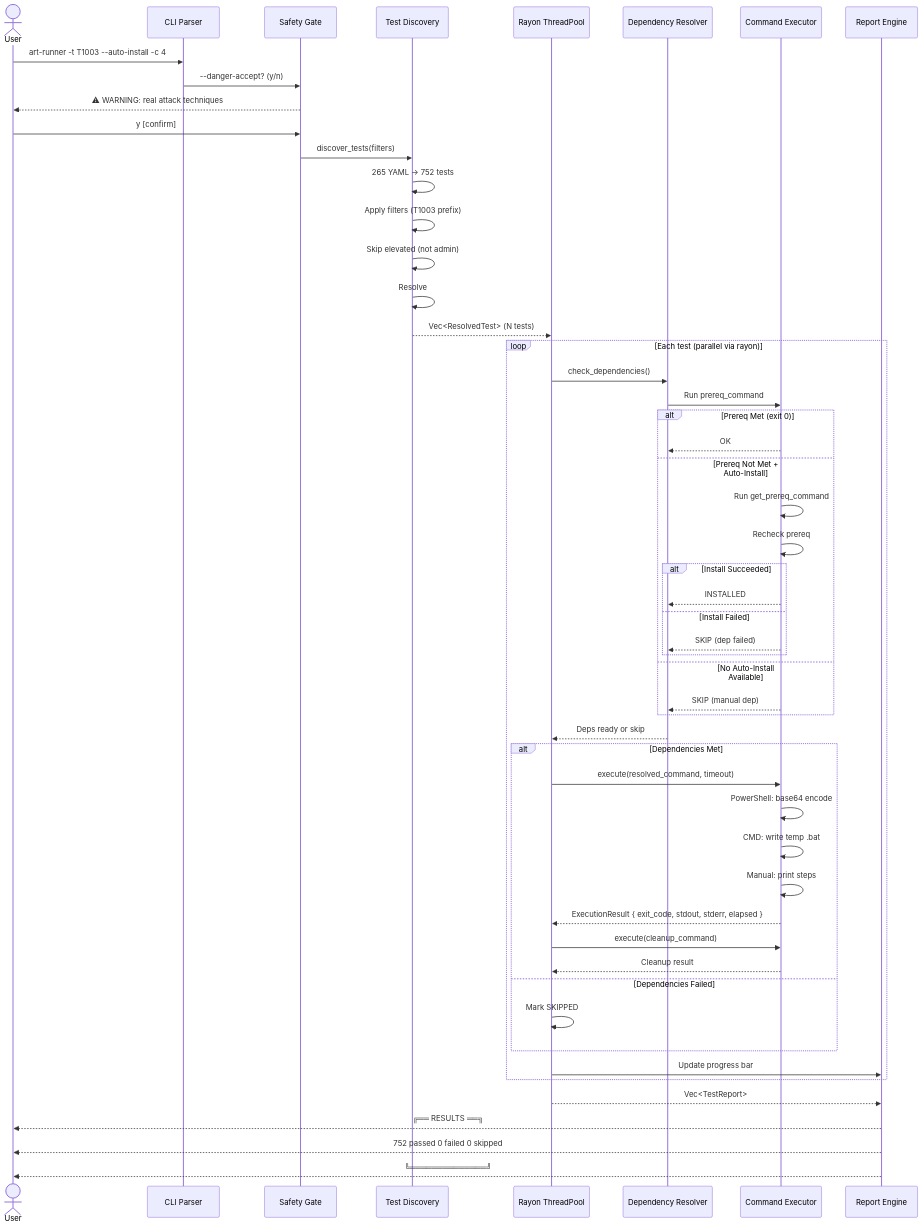
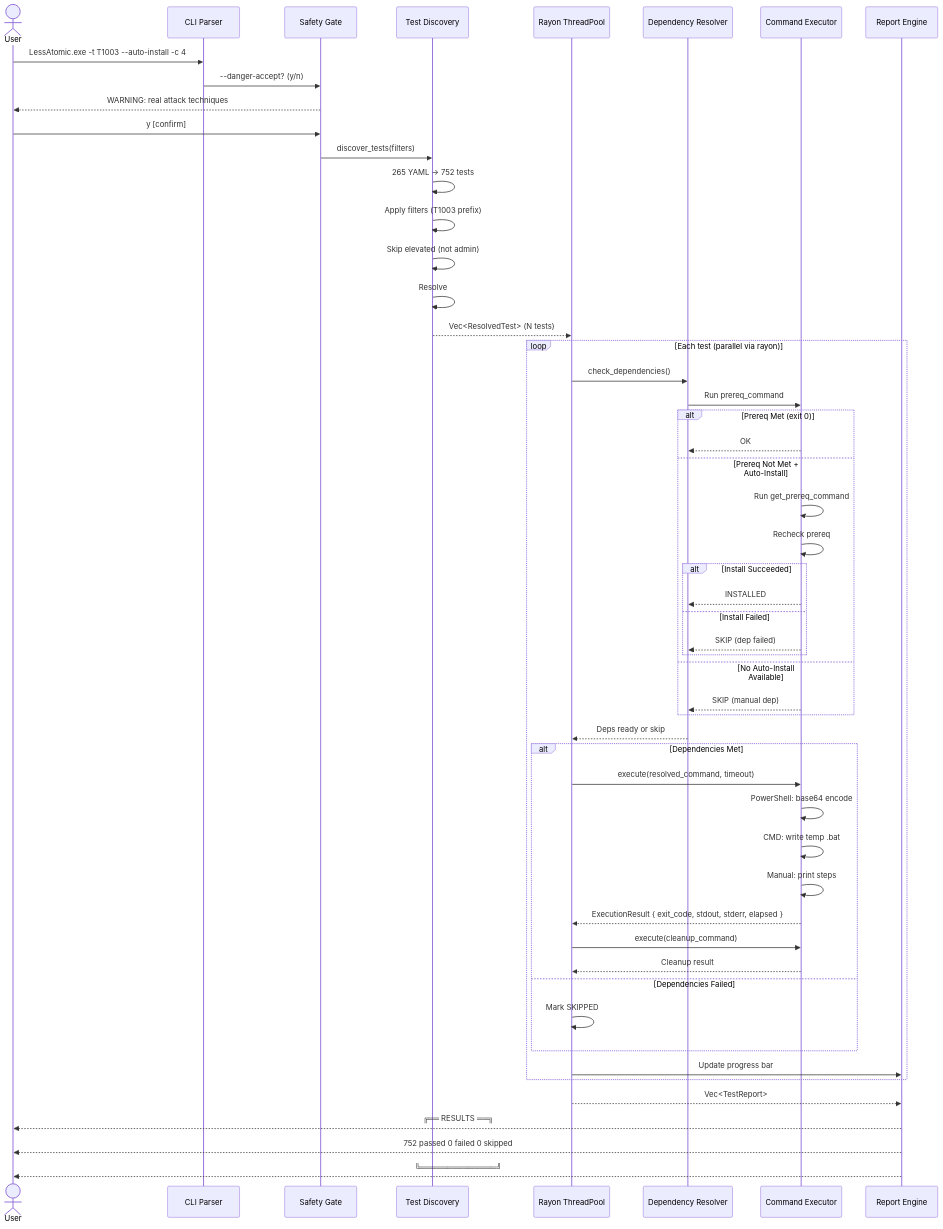
One commit to LongHorizons/WindOH changed the fourth of 8 diagrams in LessAtomic/README.md. Above: the diagram before and after it, drawn with Mermaid. The commit also changed other lines of this file and 2 other files, not shown here.

First line of the commit message:
Clean LessAtomic docs: remove emojis and em-dashes, drop build-from-source, fix binary name

````diff
--- a/LessAtomic/README.md
+++ b/LessAtomic/README.md
@@ -351,62 +350,62 @@
 ```mermaid
 sequenceDiagram
     actor User
     participant CLI as CLI Parser
     participant Safety as Safety Gate
     participant Discovery as Test Discovery
     participant Pool as Rayon ThreadPool
     participant Dep as Dependency Resolver
     participant Exec as Command Executor
     participant Report as Report Engine
 
-    User->>CLI: art-runner -t T1003 --auto-install -c 4
+    User->>CLI: LessAtomic.exe -t T1003 --auto-install -c 4
     CLI->>Safety: --danger-accept? (y/n)
-    Safety-->>User: ⚠ WARNING: real attack techniques
+    Safety-->>User:  WARNING: real attack techniques
     User->>Safety: y [confirm]
     Safety->>Discovery: discover_tests(filters)
 
     Discovery->>Discovery: 265 YAML → 752 tests
     Discovery->>Discovery: Apply filters (T1003 prefix)
     Discovery->>Discovery: Skip elevated (not admin)
     Discovery->>Discovery: Resolve #{arg} interpolation
     Discovery-->>Pool: Vec<ResolvedTest> (N tests)
 
     loop Each test (parallel via rayon)
         Pool->>Dep: check_dependencies()
         Dep->>Exec: Run prereq_command
         alt Prereq Met (exit 0)
             Exec-->>Dep: OK
         else Prereq Not Met + Auto-Install
             Exec->>Exec: Run get_prereq_command
             Exec->>Exec: Recheck prereq
             alt Install Succeeded
                 Exec-->>Dep: INSTALLED
             else Install Failed
                 Exec-->>Dep: SKIP (dep failed)
             end
         else No Auto-Install Available
             Exec-->>Dep: SKIP (manual dep)
         end
 
         Dep-->>Pool: Deps ready or skip
 
         alt Dependencies Met
             Pool->>Exec: execute(resolved_command, timeout)
             Exec->>Exec: PowerShell: base64 encode
             Exec->>Exec: CMD: write temp .bat
             Exec->>Exec: Manual: print steps
             Exec-->>Pool: ExecutionResult { exit_code, stdout, stderr, elapsed }
             Pool->>Exec: execute(cleanup_command)
             Exec-->>Pool: Cleanup result
         else Dependencies Failed
             Pool->>Pool: Mark SKIPPED
         end
 
         Pool->>Report: Update progress bar
     end
 
     Pool-->>Report: Vec<TestReport>
     Report-->>User: ╔══ RESULTS ══╗
     Report-->>User:  752 passed  0 failed  0 skipped
     Report-->>User: ╚══════════════╝
 ```
````
